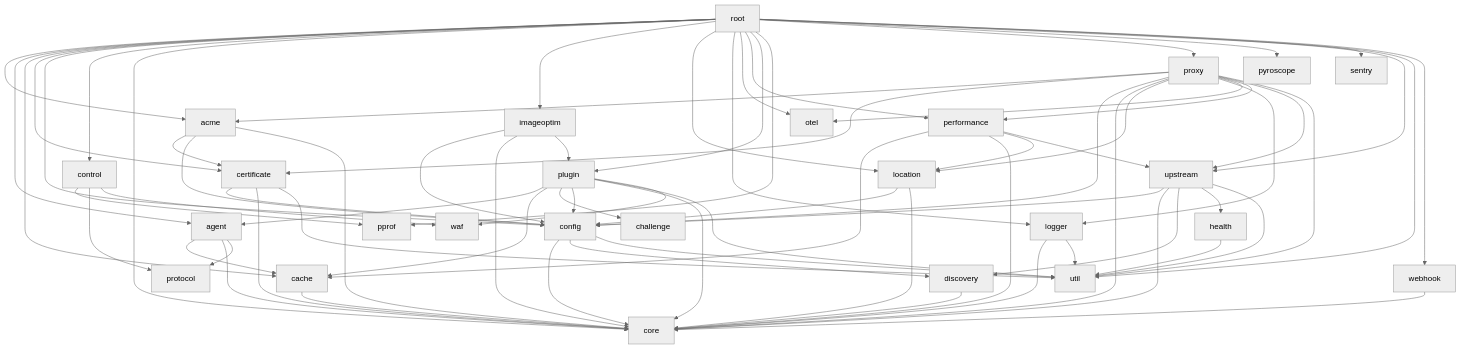
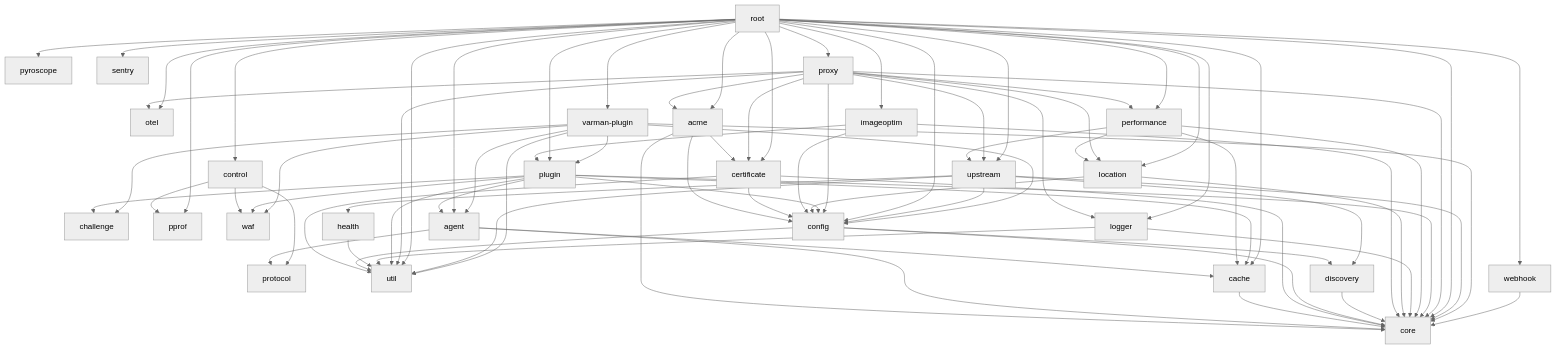
One commit to channchetra/varmanwaf changed the diagram in docs/modules.md. Above: the diagram before and after it, drawn with Mermaid (neutral theme). The commit also changed 31 other files, not shown here.

First line of the commit message:
refactor: extract the Varman WAF plugins into varman-plugin

````diff
--- a/docs/modules.md
+++ b/docs/modules.md
@@ -136,6 +136,7 @@
     root --> sentry
     root --> upstream
     root --> util
+    root --> varman-plugin
     root --> webhook
 
 
@@ -146,6 +147,14 @@
     upstream --> util
 
 
+    varman-plugin --> agent
+    varman-plugin --> challenge
+    varman-plugin --> config
+    varman-plugin --> core
+    varman-plugin --> plugin
+    varman-plugin --> util
+    varman-plugin --> waf
+
 
     webhook --> core
 ```
````
